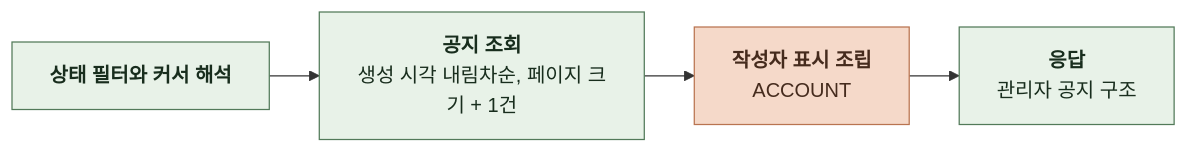
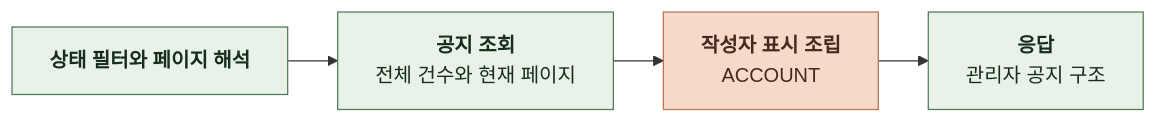
The sixth of 6 diagrams in docs/domain/NOTICE/BACKEND/4-1-PIPELINES.md (KIM-N-KANG/knk-harness), drawn with Mermaid before and after one commit. The commit also changed other lines of this file and 15 other files, not shown here.

````diff
--- a/docs/domain/NOTICE/BACKEND/4-1-PIPELINES.md
+++ b/docs/domain/NOTICE/BACKEND/4-1-PIPELINES.md
@@ -149,14 +149,14 @@
 ```mermaid
 %%{init: {"flowchart": {"curve": "basis", "nodeSpacing": 24, "rankSpacing": 40}}}%%
 flowchart LR
-    A["`**상태 필터와 커서 해석**`"] --> B["`**공지 조회**
-생성 시각 내림차순, 페이지 크기 + 1건`"]
+    A["`**상태 필터와 페이지 해석**`"] --> B["`**공지 조회**
+전체 건수와 현재 페이지`"]
     B --> C["`**작성자 표시 조립**
 ACCOUNT`"]
     C --> D["`**응답**
 관리자 공지 구조`"]
     classDef comp fill:#E8F2E8,stroke:#527A59,color:#182D1D
     classDef task fill:#F5D9C9,stroke:#B97450,color:#452B1D
     class A,B,D comp
     class C task
 ```
````
